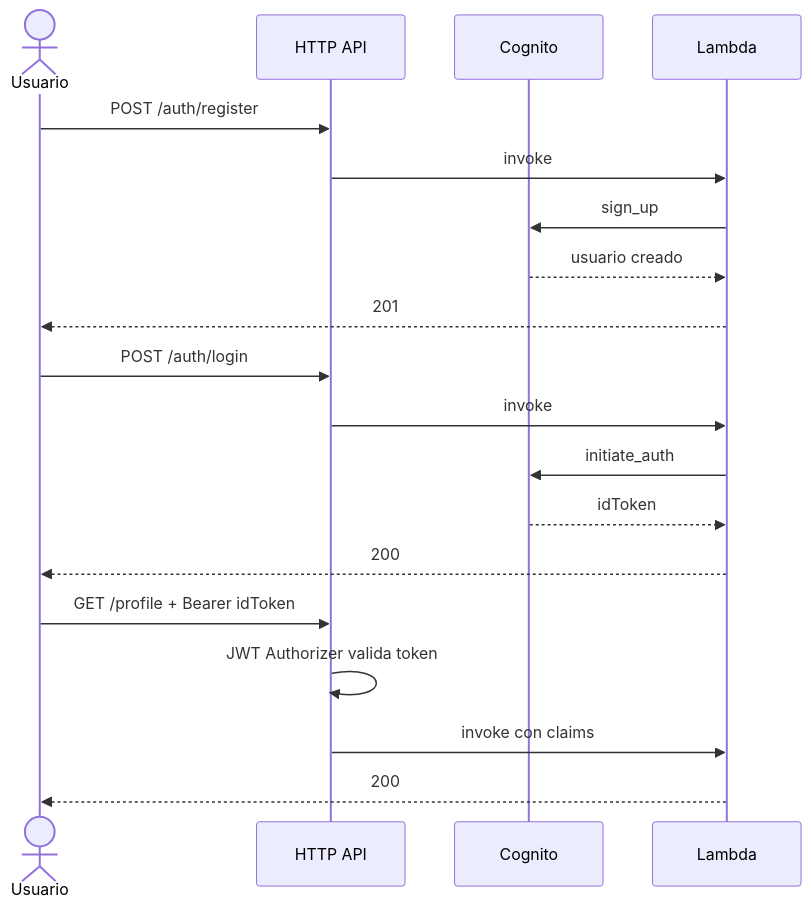
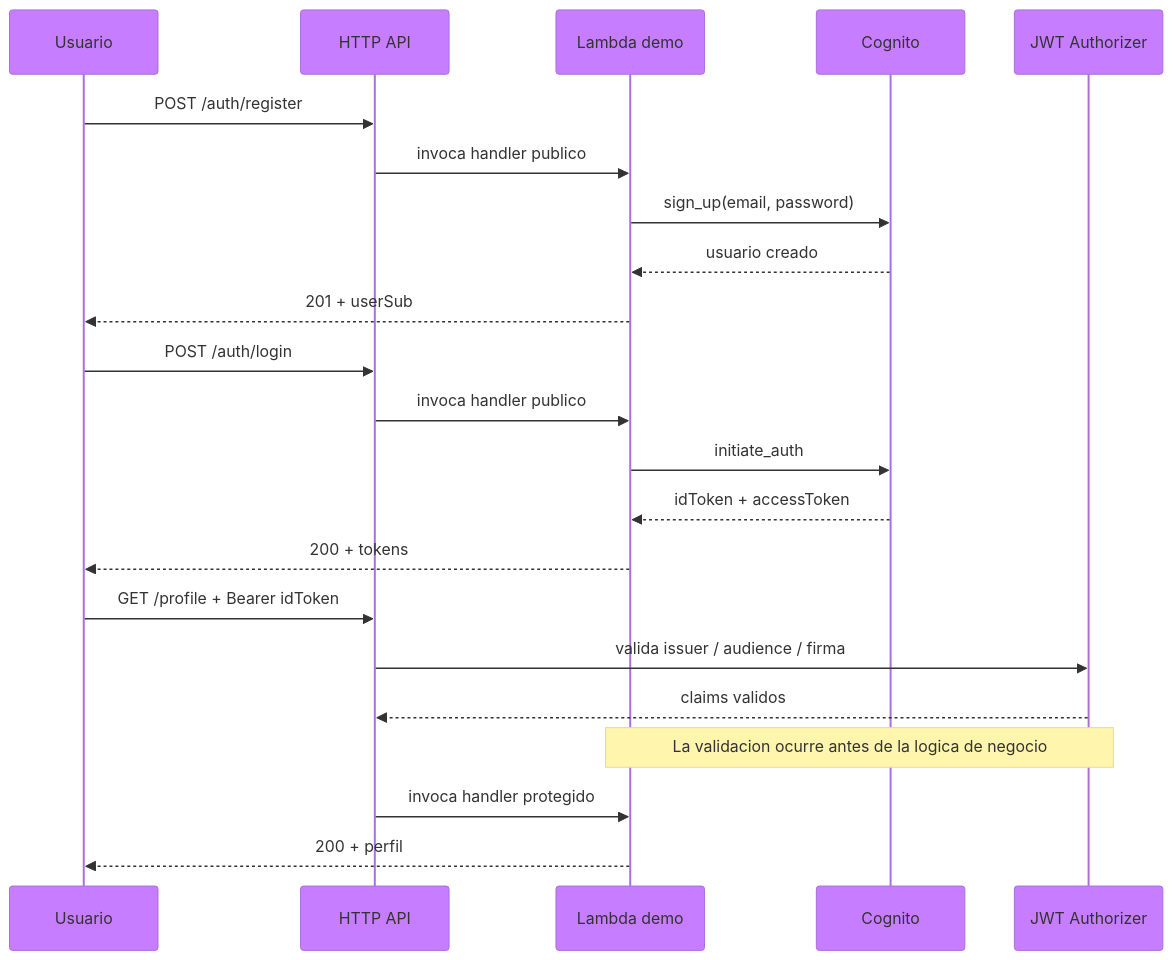
Before and after one commit to vladimiracunadev-create/proyectos-aws: the second of 4 diagrams in caso-f-security-cognito/docs/architecture.md, drawn with Mermaid. The commit also changed other lines of this file and 1 other file, not shown here.

Commit message:
docs(caso-f): refresh architecture visuals and shared-identity flow

````diff
--- a/caso-f-security-cognito/docs/architecture.md
+++ b/caso-f-security-cognito/docs/architecture.md
@@ -42,24 +91,28 @@
 ```mermaid
+%%{init: {'theme': 'base', 'themeVariables': { 'primaryColor': '#c77dff', 'edgeColor': '#7ef0b8', 'tertiaryColor': '#f7f3ff' }}}%%
 sequenceDiagram
-    actor U as Usuario
-    participant APIGW as HTTP API
+    participant U as Usuario
+    participant HTTP as HTTP API
+    participant L as Lambda demo
     participant C as Cognito
-    participant L as Lambda
+    participant J as JWT Authorizer
 
-    U->>APIGW: POST /auth/register
-    APIGW->>L: invoke
-    L->>C: sign_up
+    U->>HTTP: POST /auth/register
+    HTTP->>L: invoca handler publico
+    L->>C: sign_up(email, password)
     C-->>L: usuario creado
-    L-->>U: 201
+    L-->>U: 201 + userSub
 
-    U->>APIGW: POST /auth/login
-    APIGW->>L: invoke
+    U->>HTTP: POST /auth/login
+    HTTP->>L: invoca handler publico
     L->>C: initiate_auth
-    C-->>L: idToken
-    L-->>U: 200
+    C-->>L: idToken + accessToken
+    L-->>U: 200 + tokens
 
-    U->>APIGW: GET /profile + Bearer idToken
-    APIGW->>APIGW: JWT Authorizer valida token
-    APIGW->>L: invoke con claims
-    L-->>U: 200
+    U->>HTTP: GET /profile + Bearer idToken
+    HTTP->>J: valida issuer / audience / firma
+    J-->>HTTP: claims validos
+    Note over J,L: La validacion ocurre antes de la logica de negocio
+    HTTP->>L: invoca handler protegido
+    L-->>U: 200 + perfil
 ```
````
